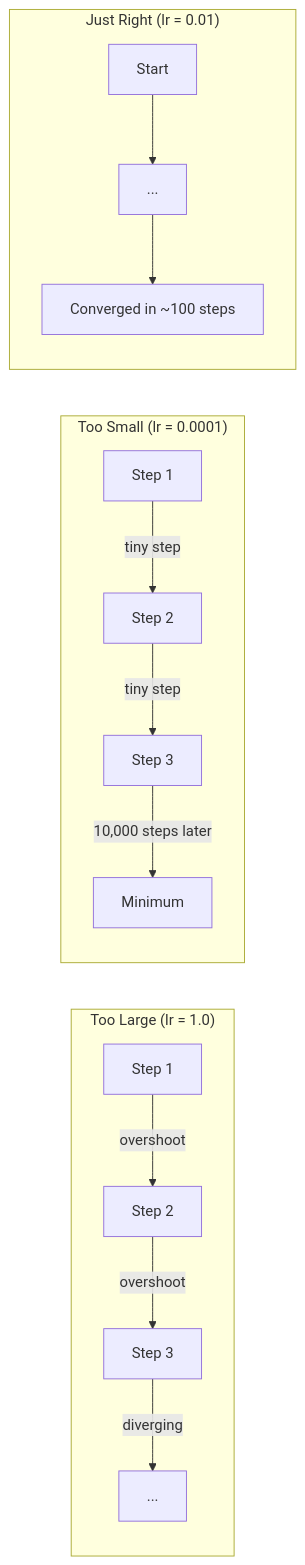
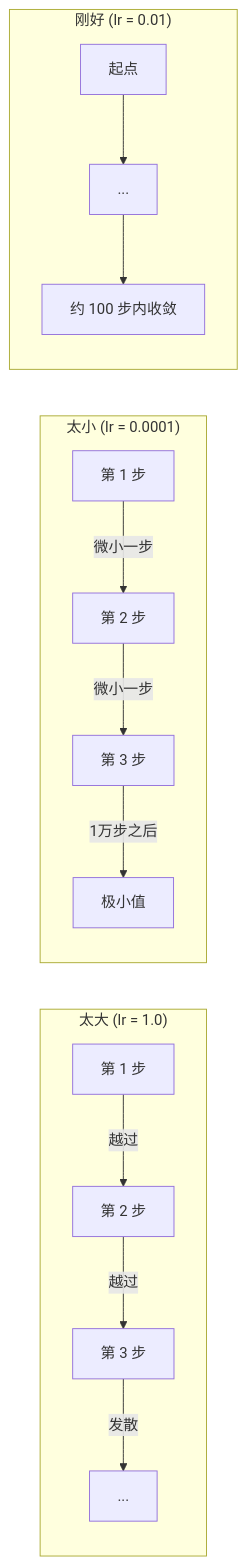
The second of 5 diagrams in phases/01-math-foundations/08-optimization/docs/zh.md (JerryC8080/ai-engineering-from-scratch-zh), drawn with Mermaid before and after one commit. The commit also changed other lines of this file and 156 other files, not shown here.

First line of the commit message:
i18n(zh): translate mermaid diagram labels in 157 lesson zh.md

````diff
--- a/phases/01-math-foundations/08-optimization/docs/zh.md
+++ b/phases/01-math-foundations/08-optimization/docs/zh.md
@@ -60,16 +60,16 @@
 ```mermaid
 graph LR
-    subgraph TooLarge["Too Large (lr = 1.0)"]
-        A1["Step 1"] -->|overshoot| A2["Step 2"]
-        A2 -->|overshoot| A3["Step 3"]
-        A3 -->|diverging| A4["..."]
+    subgraph TooLarge["太大 (lr = 1.0)"]
+        A1["第 1 步"] -->|越过| A2["第 2 步"]
+        A2 -->|越过| A3["第 3 步"]
+        A3 -->|发散| A4["..."]
     end
-    subgraph TooSmall["Too Small (lr = 0.0001)"]
-        B1["Step 1"] -->|tiny step| B2["Step 2"]
-        B2 -->|tiny step| B3["Step 3"]
-        B3 -->|10,000 steps later| B4["Minimum"]
+    subgraph TooSmall["太小 (lr = 0.0001)"]
+        B1["第 1 步"] -->|微小一步| B2["第 2 步"]
+        B2 -->|微小一步| B3["第 3 步"]
+        B3 -->|1万步之后| B4["极小值"]
     end
-    subgraph JustRight["Just Right (lr = 0.01)"]
-        C1["Start"] --> C2["..."] --> C3["Converged in ~100 steps"]
+    subgraph JustRight["刚好 (lr = 0.01)"]
+        C1["起点"] --> C2["..."] --> C3["约 100 步内收敛"]
     end
 ```
````
